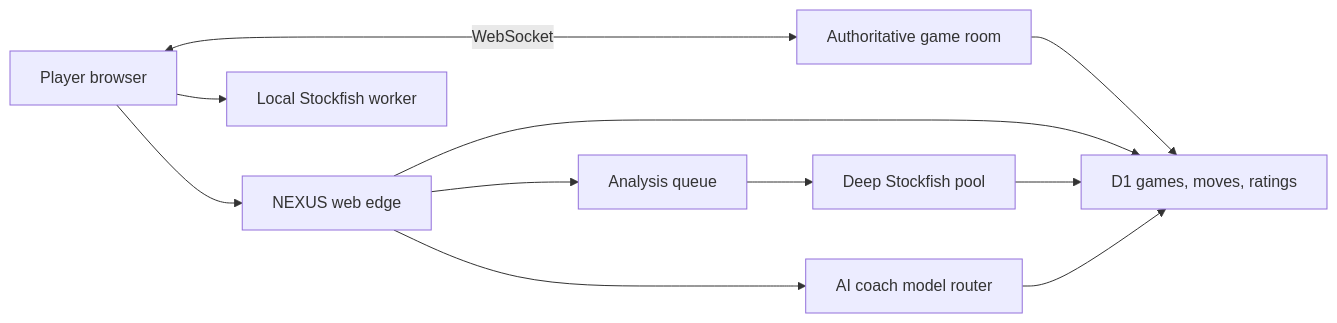
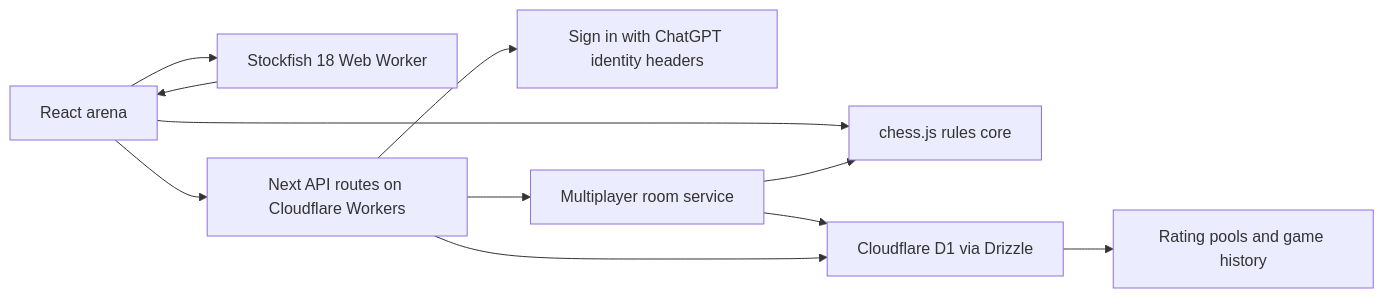
One commit to kushagrasaxenadev/ChessApp-Nexus changed the diagram in docs/ARCHITECTURE.md. Above: the diagram before and after it, drawn with Mermaid. The commit also changed other lines of this file and 29 other files, not shown here.

Commit message:
Release NEXUS Chess v1.0 brand and repository

````diff
--- a/docs/ARCHITECTURE.md
+++ b/docs/ARCHITECTURE.md
@@ -22,13 +7,13 @@
 ```mermaid
 flowchart LR
-  P["Player browser"] --> W["NEXUS web edge"]
-  P <-->|"WebSocket"| R["Authoritative game room"]
-  R --> D["D1 games, moves, ratings"]
-  W --> D
-  P --> L["Local Stockfish worker"]
-  W --> Q["Analysis queue"]
-  Q --> E["Deep Stockfish pool"]
-  E --> D
-  W --> C["AI coach model router"]
-  C --> D
+  UI["React arena"] --> RULES["chess.js rules core"]
+  UI --> SF["Stockfish 18 Web Worker"]
+  UI --> API["Next API routes on Cloudflare Workers"]
+  API --> AUTH["Sign in with ChatGPT identity headers"]
+  API --> ONLINE["Multiplayer room service"]
+  ONLINE --> RULES
+  ONLINE --> D1["Cloudflare D1 via Drizzle"]
+  API --> D1
+  D1 --> RATINGS["Rating pools and game history"]
+  SF --> UI
 ```
````
